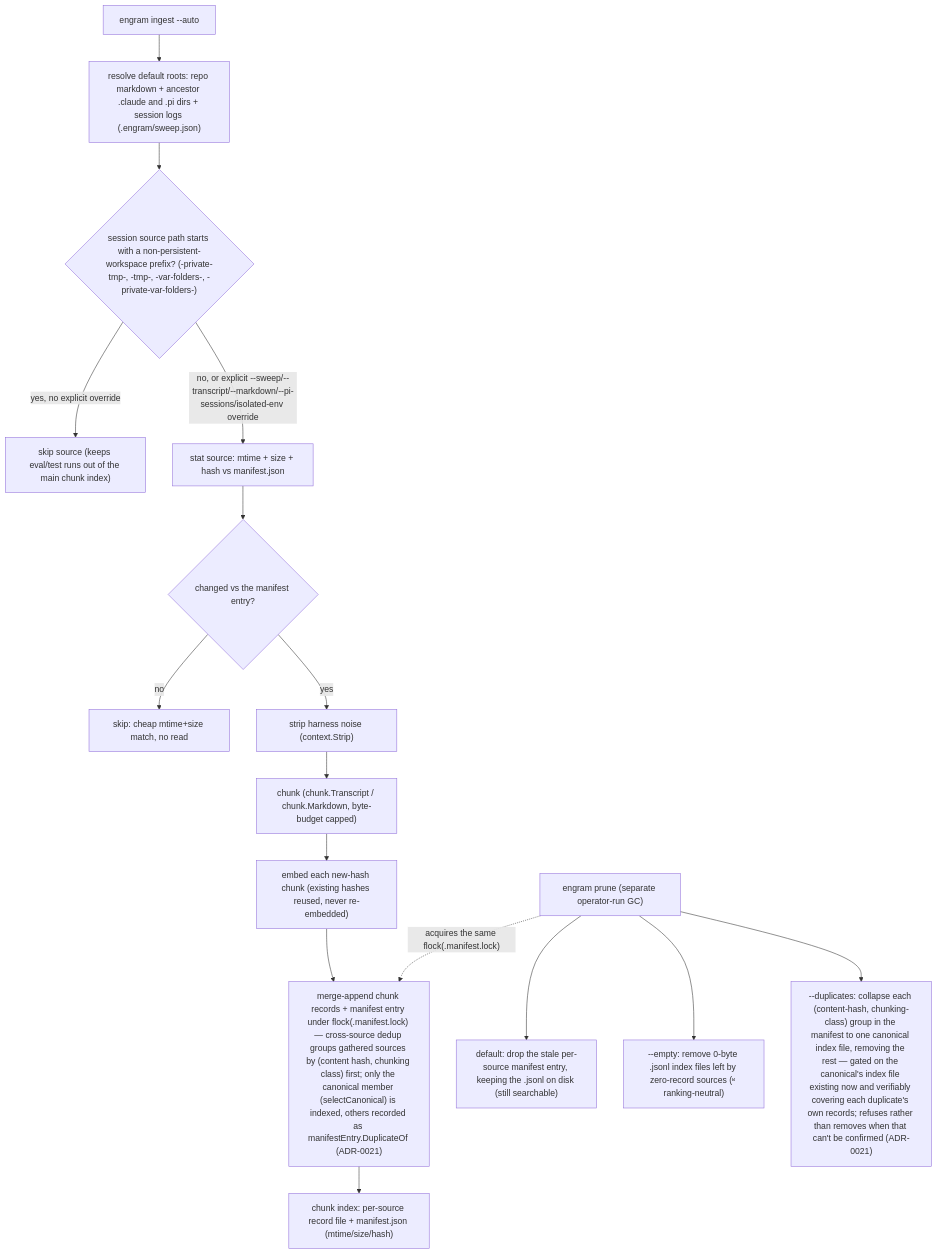
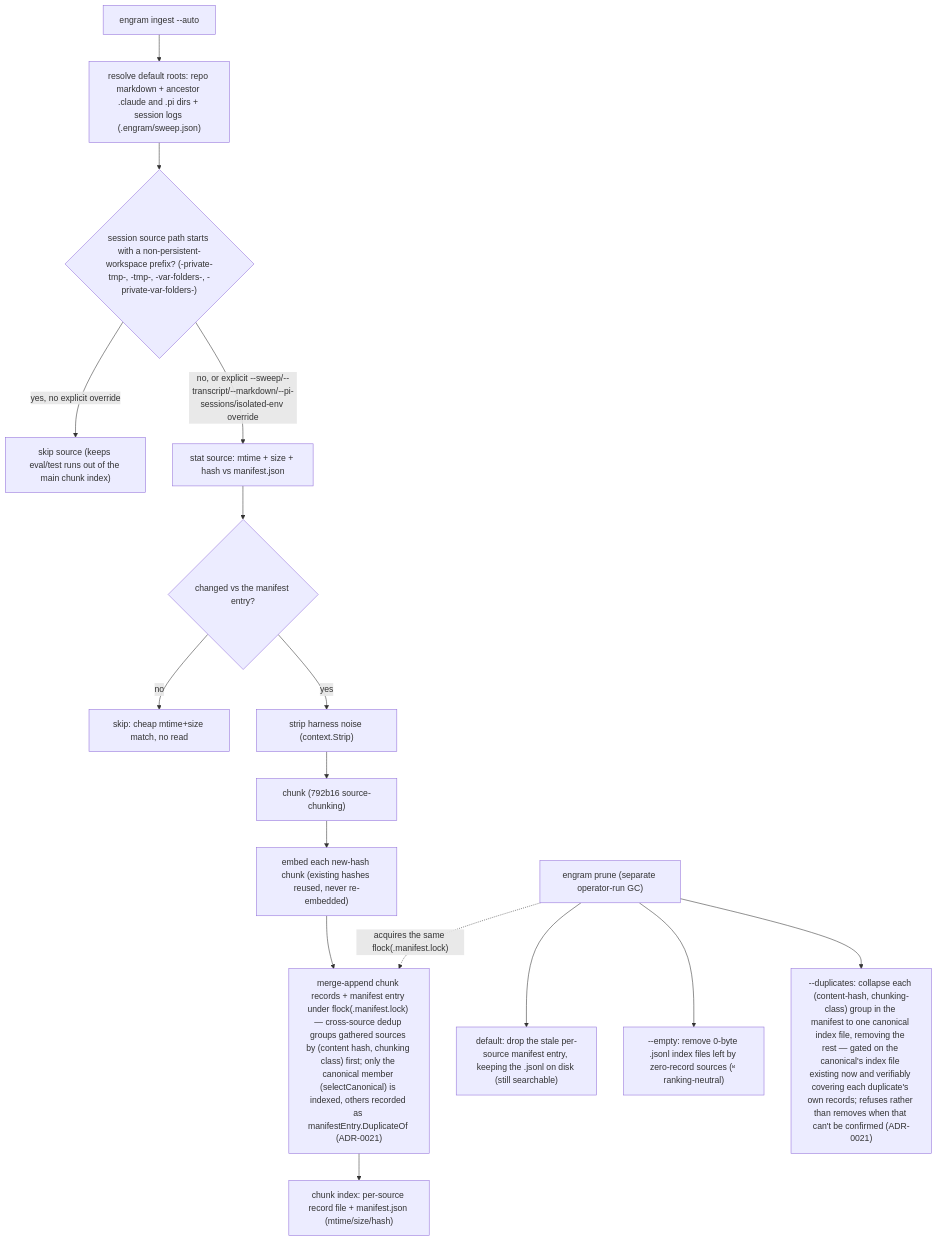
Before and after one commit to toejough/engram: the second of 8 diagrams in docs/deprecated/architecture/c2-containers.md, drawn with Mermaid. The commit also changed 5 other files, not shown here.

First line of the commit message:
docs(792): 792c7d3 source-chunking tech spec

````diff
--- a/docs/deprecated/architecture/c2-containers.md
+++ b/docs/deprecated/architecture/c2-containers.md
@@ -58,19 +58,19 @@
 ```mermaid
 flowchart TD
     A["engram ingest --auto"] --> B["resolve default roots: repo markdown + ancestor .claude and .pi dirs + session logs (.engram/sweep.json)"]
     B --> C{"session source path starts with a non-persistent-workspace prefix? (-private-tmp-, -tmp-, -var-folders-, -private-var-folders-)"}
     C -->|"yes, no explicit override"| SK["skip source (keeps eval/test runs out of the main chunk index)"]
     C -->|"no, or explicit --sweep/--transcript/--markdown/--pi-sessions/isolated-env override"| D["stat source: mtime + size + hash vs manifest.json"]
     D --> E{"changed vs the manifest entry?"}
     E -->|no| SK2["skip: cheap mtime+size match, no read"]
     E -->|yes| F["strip harness noise (context.Strip)"]
-    F --> G["chunk (chunk.Transcript / chunk.Markdown, byte-budget capped)"]
+    F --> G["chunk (792b16 source-chunking)"]
     G --> H["embed each new-hash chunk (existing hashes reused, never re-embedded)"]
     H --> I["merge-append chunk records + manifest entry under flock(.manifest.lock) — cross-source dedup groups gathered sources by (content hash, chunking class) first; only the canonical member (selectCanonical) is indexed, others recorded as manifestEntry.DuplicateOf (ADR-0021)"]
     I --> J["chunk index: per-source record file + manifest.json (mtime/size/hash)"]
 
     P["engram prune (separate operator-run GC)"] -.->|"acquires the same flock(.manifest.lock)"| I
     P --> Q["default: drop the stale per-source manifest entry, keeping the .jsonl on disk (still searchable)"]
     P --> Qe["--empty: remove 0-byte .jsonl index files left by zero-record sources (#694; ranking-neutral)"]
     P --> Qd["--duplicates: collapse each (content-hash, chunking-class) group in the manifest to one canonical index file, removing the rest — gated on the canonical's index file existing now and verifiably covering each duplicate's own records; refuses rather than removes when that can't be confirmed (ADR-0021)"]
 ```
````
